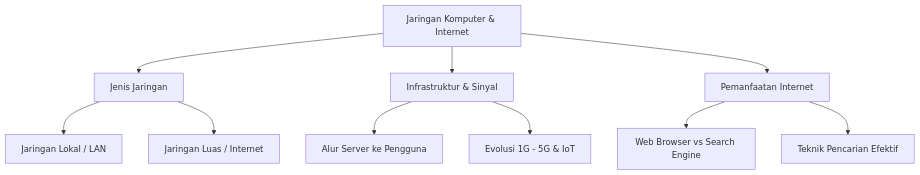
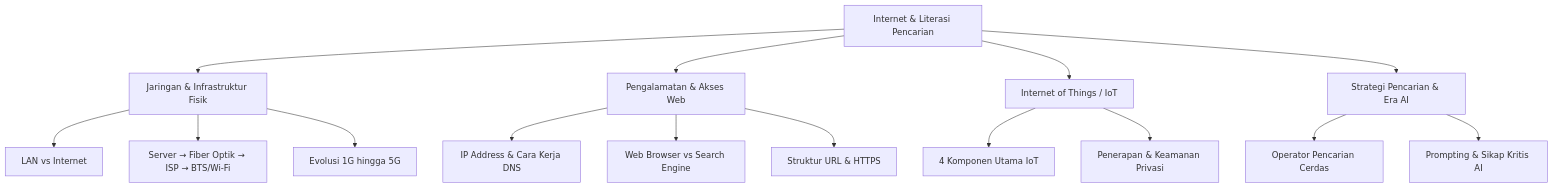
The first of 4 diagrams in kelas-7/internet-mesin-pencari.md (khairiaharli/buku-informatika), drawn with Mermaid before and after one commit. The commit also changed other lines of this file, not shown here.

Commit message:
matri internet baru

````diff
--- a/kelas-7/internet-mesin-pencari.md
+++ b/kelas-7/internet-mesin-pencari.md
@@ -11,12 +11,21 @@
 ```mermaid
 flowchart TD
-    A[Jaringan Komputer & Internet] --> B[Jenis Jaringan]
-    A --> C[Infrastruktur & Sinyal]
-    A --> D[Pemanfaatan Internet]
-    B --> B1[Jaringan Lokal / LAN]
-    B --> B2[Jaringan Luas / Internet]
-    C --> C1[Alur Server ke Pengguna]
-    C --> C2[Evolusi 1G - 5G & IoT]
-    D --> D1[Web Browser vs Search Engine]
-    D --> D2[Teknik Pencarian Efektif]
+    A[Internet & Literasi Pencarian] --> B[Jaringan & Infrastruktur Fisik]
+    A --> C[Pengalamatan & Akses Web]
+    A --> D[Internet of Things / IoT]
+    A --> E[Strategi Pencarian & Era AI]
+
+    B --> B1[LAN vs Internet]
+    B --> B2[Server → Fiber Optik → ISP → BTS/Wi-Fi]
+    B --> B3[Evolusi 1G hingga 5G]
+
+    C --> C1[IP Address & Cara Kerja DNS]
+    C --> C2[Web Browser vs Search Engine]
+    C --> C3[Struktur URL & HTTPS]
+
+    D --> D1[4 Komponen Utama IoT]
+    D --> D2[Penerapan & Keamanan Privasi]
+
+    E --> E1[Operator Pencarian Cerdas]
+    E --> E2[Prompting & Sikap Kritis AI]
 ```
````
